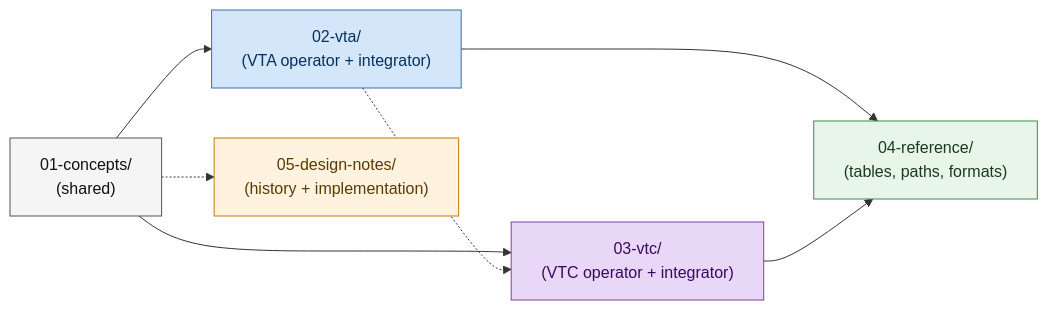
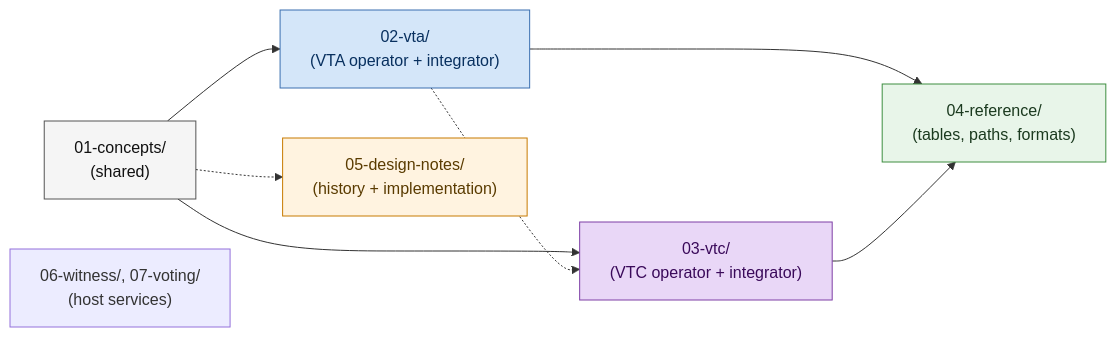
One commit to OpenVTC/verifiable-trust-infrastructure changed the diagram in docs/README.md. Above: the diagram before and after it, drawn with Mermaid. The commit also changed other lines of this file and 29 other files, not shown here.

````diff
--- a/docs/README.md
+++ b/docs/README.md
@@ -14,26 +14,27 @@
 ```mermaid
 graph LR
     concepts["01-concepts/<br/>(shared)"]
     vta["02-vta/<br/>(VTA operator + integrator)"]
     vtc["03-vtc/<br/>(VTC operator + integrator)"]
     ref["04-reference/<br/>(tables, paths, formats)"]
     design["05-design-notes/<br/>(history + implementation)"]
+    hosts["06-witness/, 07-voting/<br/>(host services)"]
 
     concepts --> vta
     concepts --> vtc
     vta -.-> vtc
     vta --> ref
     vtc --> ref
     concepts -.-> design
 
     classDef shared fill:#f5f5f5,stroke:#555,color:#111
     classDef vta fill:#d4e6f9,stroke:#3a6fb0,color:#08305f
     classDef vtc fill:#e9d7f7,stroke:#7e3fa6,color:#3a0a5a
     classDef ref fill:#e8f5e9,stroke:#3e8e41,color:#1b3a1f
     classDef design fill:#fff3e0,stroke:#c77a00,color:#5a3b00
     class concepts shared
     class vta vta
     class vtc vtc
     class ref ref
     class design design
 ```
````
